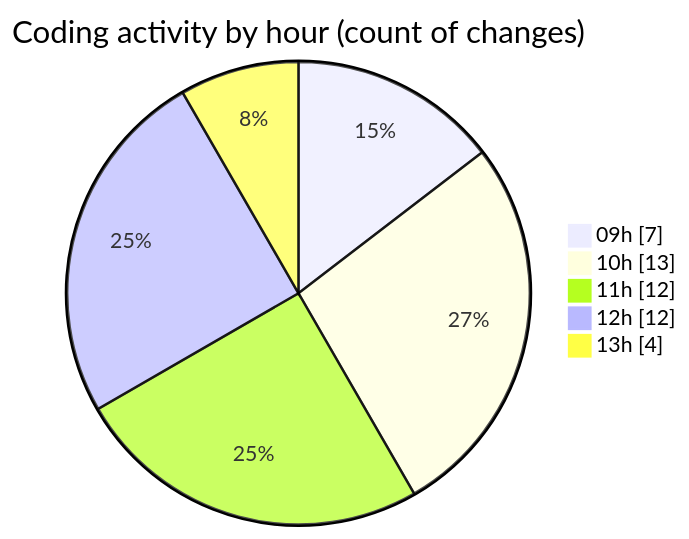
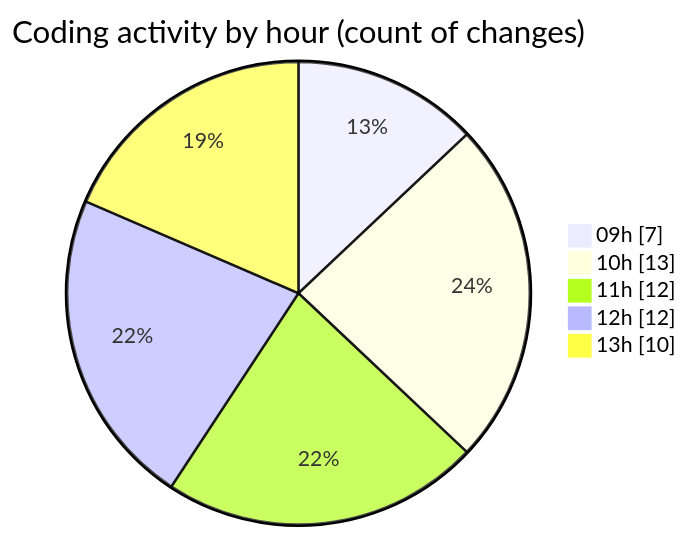
The second of 2 diagrams in 2025-08-18/cda/README.md (momahboobian/code-tracking), drawn with Mermaid before and after one commit. The commit also changed other lines of this file and 1 other file, not shown here.

````diff
--- a/2025-08-18/cda/README.md
+++ b/2025-08-18/cda/README.md
@@ -33,9 +33,9 @@
 ```mermaid
 pie showData
 title Coding activity by hour (count of changes)
 "09h" : 7
 "10h" : 13
 "11h" : 12
 "12h" : 12
-"13h" : 4
+"13h" : 10
 ```
````
